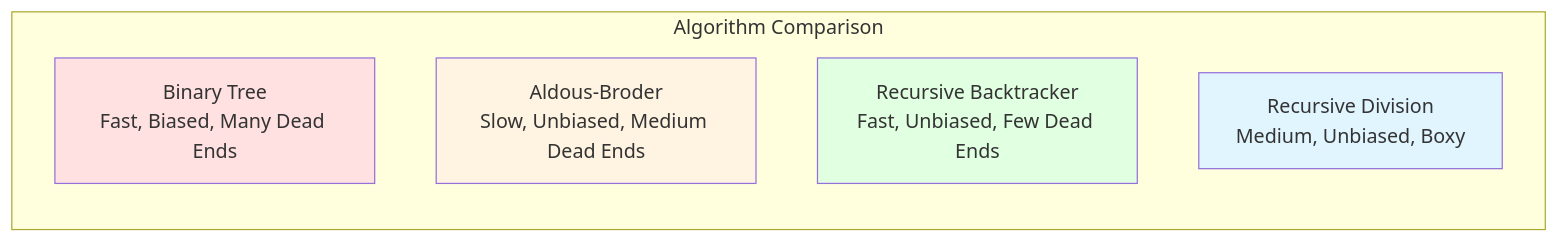
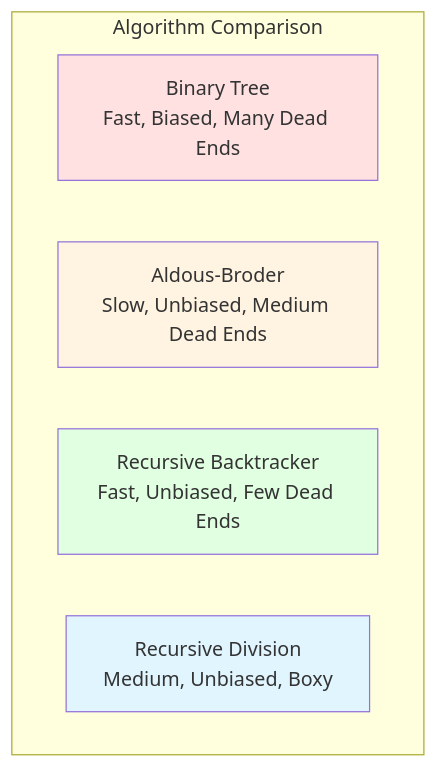
The third of 3 diagrams in book/06-algorithm-diversity.md (Davidslv/vanilla-roguelike), drawn with Mermaid before and after one commit. The commit also changed 45 other files, not shown here.

````diff
--- a/book/06-algorithm-diversity.md
+++ b/book/06-algorithm-diversity.md
@@ -366,14 +366,14 @@
 ```mermaid
-graph LR
+graph TB
     subgraph "Algorithm Comparison"
         A[Binary Tree<br/>Fast, Biased, Many Dead Ends]
         B[Aldous-Broder<br/>Slow, Unbiased, Medium Dead Ends]
         C[Recursive Backtracker<br/>Fast, Unbiased, Few Dead Ends]
         D[Recursive Division<br/>Medium, Unbiased, Boxy]
     end
 
     style A fill:#ffe1e1
     style B fill:#fff4e1
     style C fill:#e1ffe1
     style D fill:#e1f5ff
 ```
````
